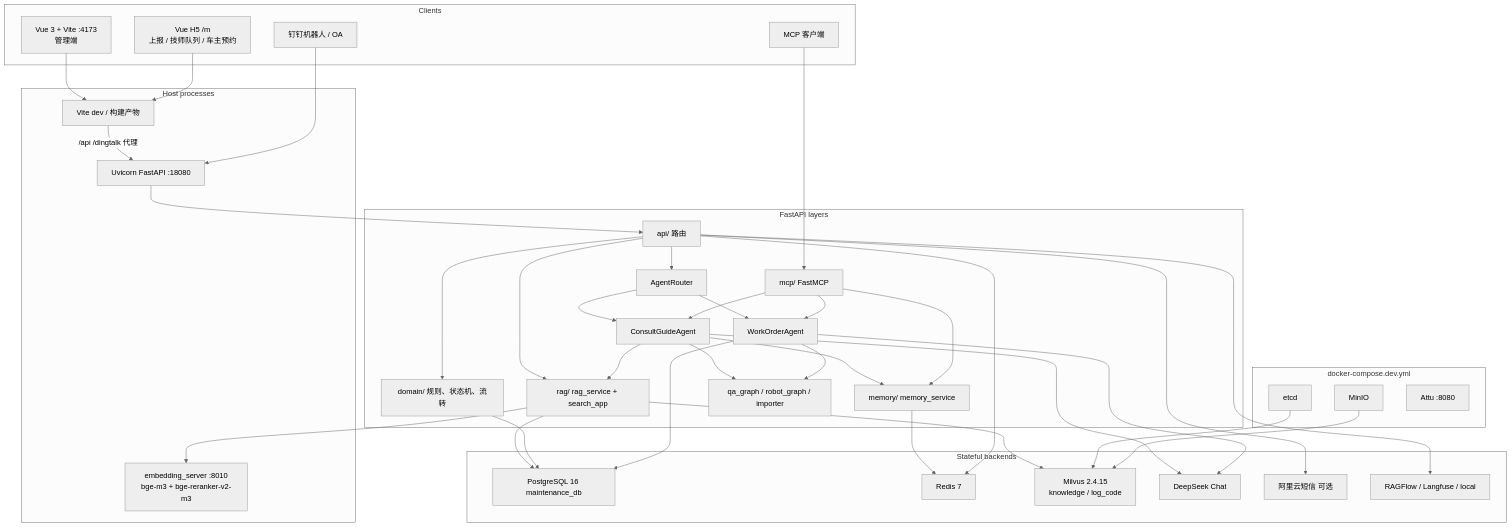
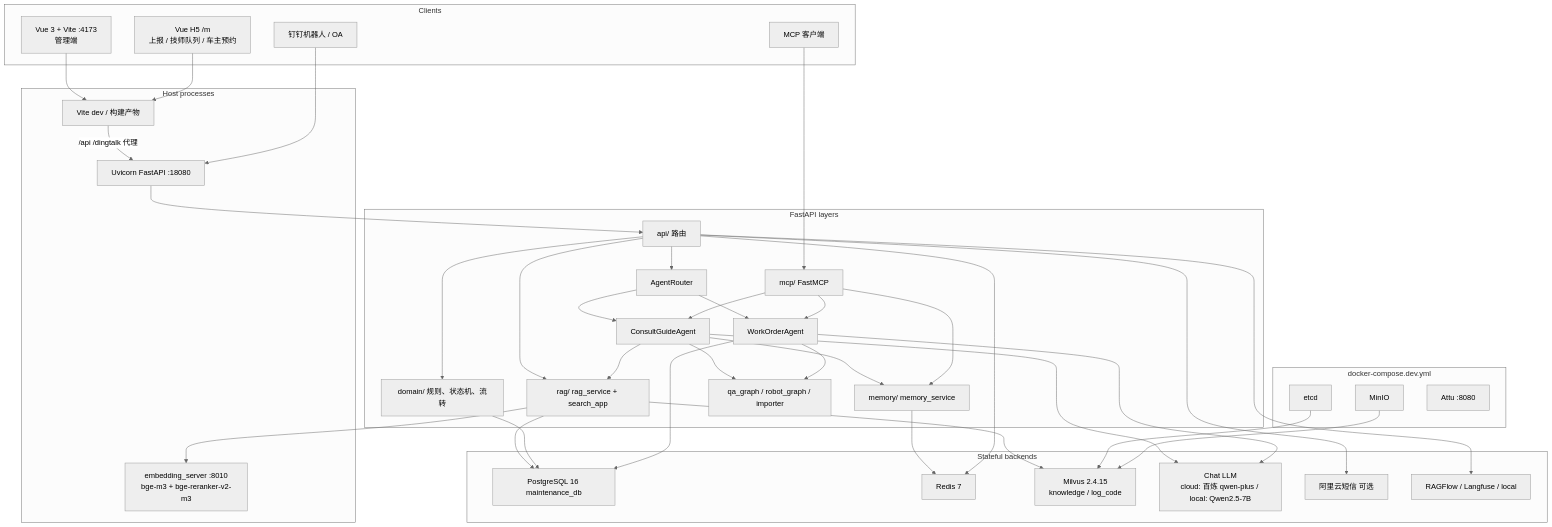
Before and after one commit to SHUN-EI/Car-Repair-System: the first of 10 diagrams in docs/ARCHITECTURE.md, drawn with Mermaid (neutral theme). The commit also changed other lines of this file and 28 other files, not shown here.

````diff
--- a/docs/ARCHITECTURE.md
+++ b/docs/ARCHITECTURE.md
@@ -42,77 +42,77 @@
 ```mermaid
 flowchart TB
     subgraph client [Clients]
         VuePC["Vue 3 + Vite :4173<br/>管理端"]
         VueM["Vue H5 /m<br/>上报 / 技师队列 / 车主预约"]
         DingTalk["钉钉机器人 / OA"]
         McpClient["MCP 客户端"]
     end
 
     subgraph host [Host processes]
         Vite["Vite dev / 构建产物"]
         Uvicorn["Uvicorn FastAPI :18080"]
         Emb["embedding_server :8010<br/>bge-m3 + bge-reranker-v2-m3"]
     end
 
     subgraph fastapi [FastAPI layers]
         API["api/ 路由"]
         Domain["domain/ 规则、状态机、流转"]
         Mem["memory/ memory_service"]
         RAG["rag/ rag_service + search_app"]
         Router["AgentRouter"]
         Consult["ConsultGuideAgent"]
         WOA["WorkOrderAgent"]
         Graphs["qa_graph / robot_graph / importer"]
         MCP["mcp/ FastMCP"]
     end
 
     subgraph stores [Stateful backends]
         PG["PostgreSQL 16 maintenance_db"]
         Redis["Redis 7"]
         Milvus["Milvus 2.4.15<br/>knowledge / log_code"]
-        DeepSeek["DeepSeek Chat"]
+        ChatLLM["Chat LLM<br/>cloud: 百炼 qwen-plus / local: Qwen2.5-7B"]
         SMS["阿里云短信 可选"]
         Trace["RAGFlow / Langfuse / local"]
     end
 
     subgraph compose [docker-compose.dev.yml]
         PG
         Redis
         Etcd["etcd"]
         Minio["MinIO"]
         Milvus
         Attu["Attu :8080"]
     end
 
     VuePC --> Vite
     VueM --> Vite
     Vite -->|"/api /dingtalk 代理"| Uvicorn
     DingTalk --> Uvicorn
     McpClient --> MCP
     Uvicorn --> API
     API --> Domain
     API --> RAG
     API --> Router
     Router --> Consult
     Router --> WOA
     Consult --> Graphs
     Consult --> RAG
     Consult --> Mem
     WOA --> Graphs
     MCP --> Consult
     MCP --> WOA
     MCP --> Mem
     RAG --> Emb
     RAG --> Milvus
     RAG --> PG
     Domain --> PG
     Mem --> Redis
-    Consult --> DeepSeek
+    Consult --> ChatLLM
     WOA --> PG
-    WOA --> DeepSeek
+    WOA --> ChatLLM
     API --> Redis
     API --> SMS
     API --> Trace
     Etcd --> Milvus
     Minio --> Milvus
 ```
````
